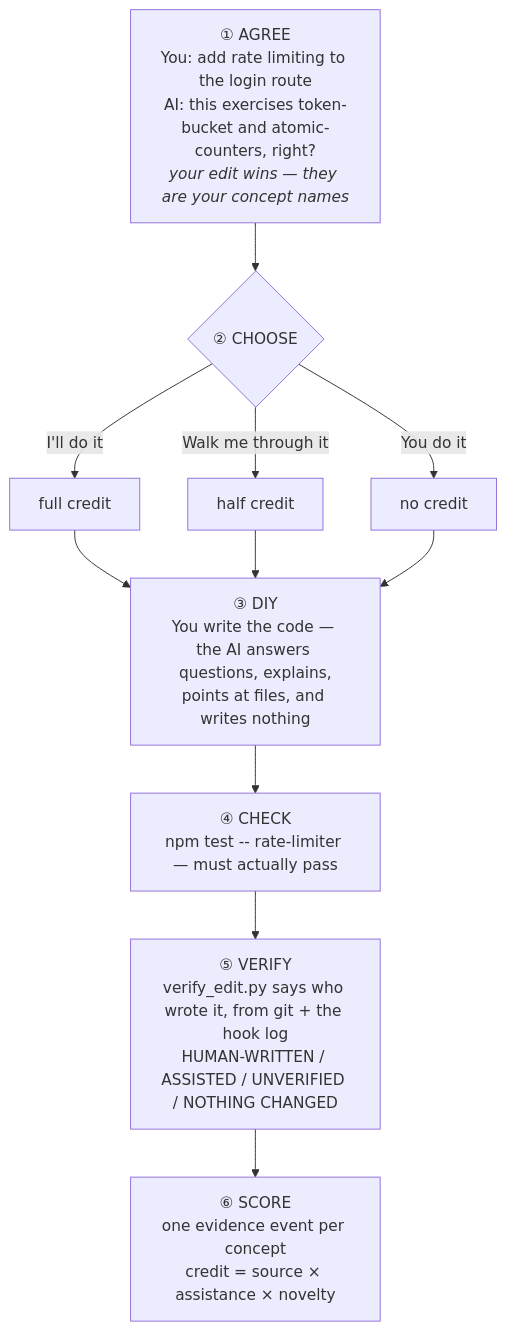
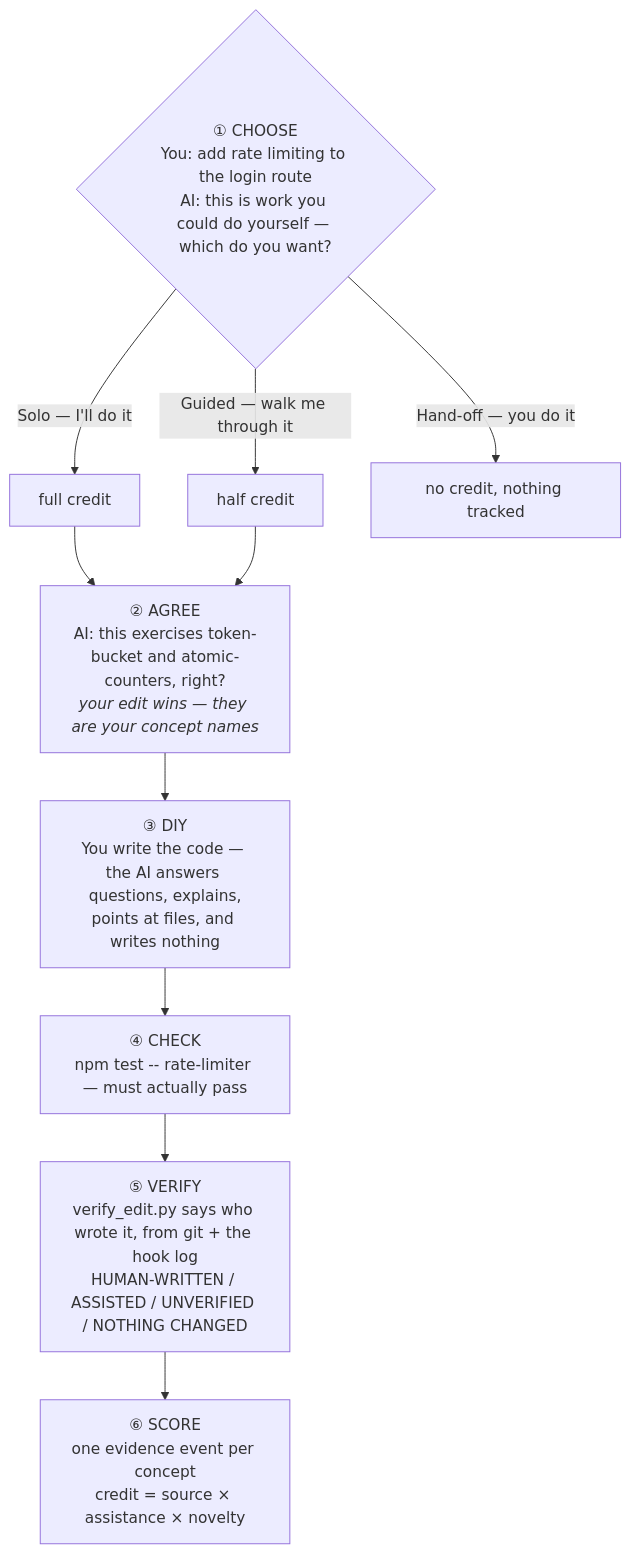
Before and after one commit to state-alchemists/grit: the diagram in README.md, drawn with Mermaid. The commit also changed other lines of this file and 32 other files, not shown here.

````diff
--- a/README.md
+++ b/README.md
@@ -33,13 +33,13 @@
 ```mermaid
 flowchart TD
-    A["① AGREE<br/>You: add rate limiting to the login route<br/>AI: this exercises token-bucket and atomic-counters, right?<br/><i>your edit wins — they are your concept names</i>"] --> B{"② CHOOSE"}
-    B -->|"I'll do it"| F["full credit"]
-    B -->|"Walk me through it"| H["half credit"]
-    B -->|"You do it"| N["no credit"]
-    F --> C
-    H --> C
-    N --> C
+    B{"① CHOOSE<br/>You: add rate limiting to the login route<br/>AI: this is work you could do yourself — which do you want?"}
+    B -->|"Solo — I'll do it"| F["full credit"]
+    B -->|"Guided — walk me through it"| H["half credit"]
+    B -->|"Hand-off — you do it"| N["no credit, nothing tracked"]
+    F --> A
+    H --> A
+    A["② AGREE<br/>AI: this exercises token-bucket and atomic-counters, right?<br/><i>your edit wins — they are your concept names</i>"] --> C
     C["③ DIY<br/>You write the code — the AI answers questions, explains,<br/>points at files, and writes nothing"] --> D["④ CHECK<br/>npm test -- rate-limiter — must actually pass"]
     D --> E["⑤ VERIFY<br/>verify_edit.py says who wrote it, from git + the hook log<br/>HUMAN-WRITTEN / ASSISTED / UNVERIFIED / NOTHING CHANGED"]
     E --> G["⑥ SCORE<br/>one evidence event per concept<br/>credit = source × assistance × novelty"]
 ```
````
